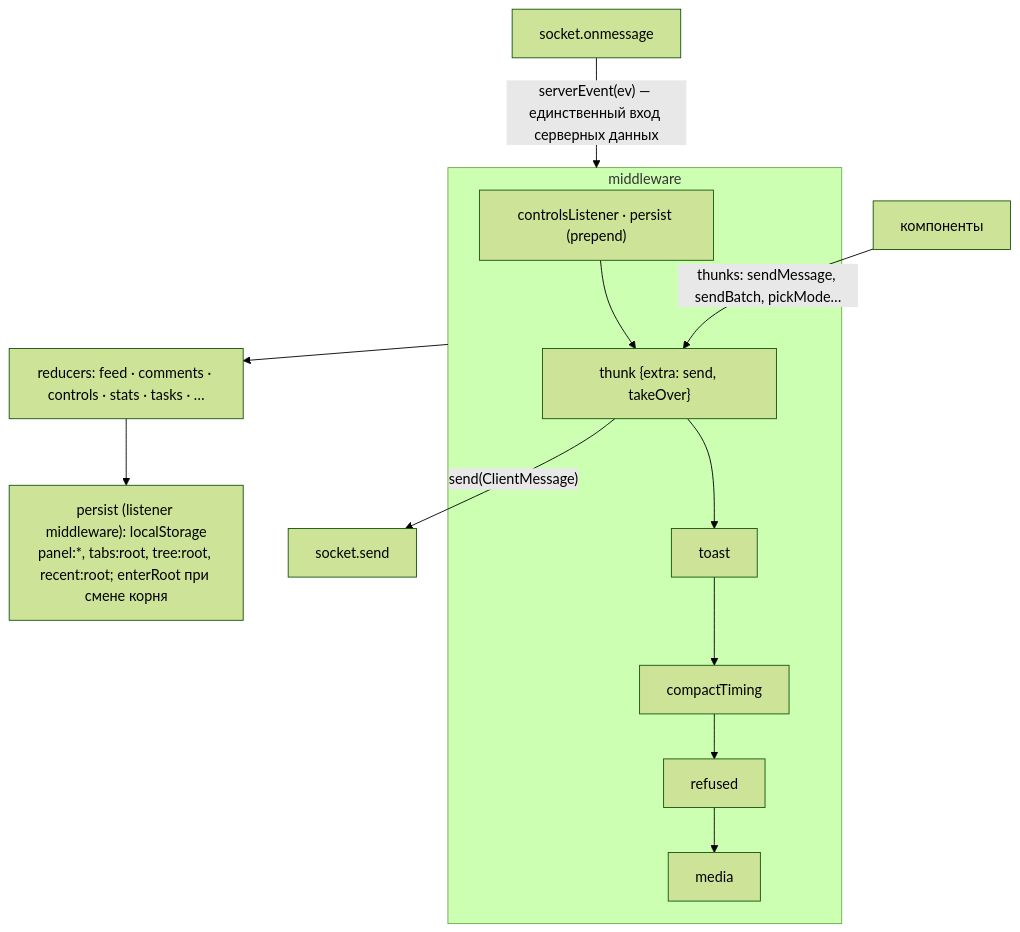
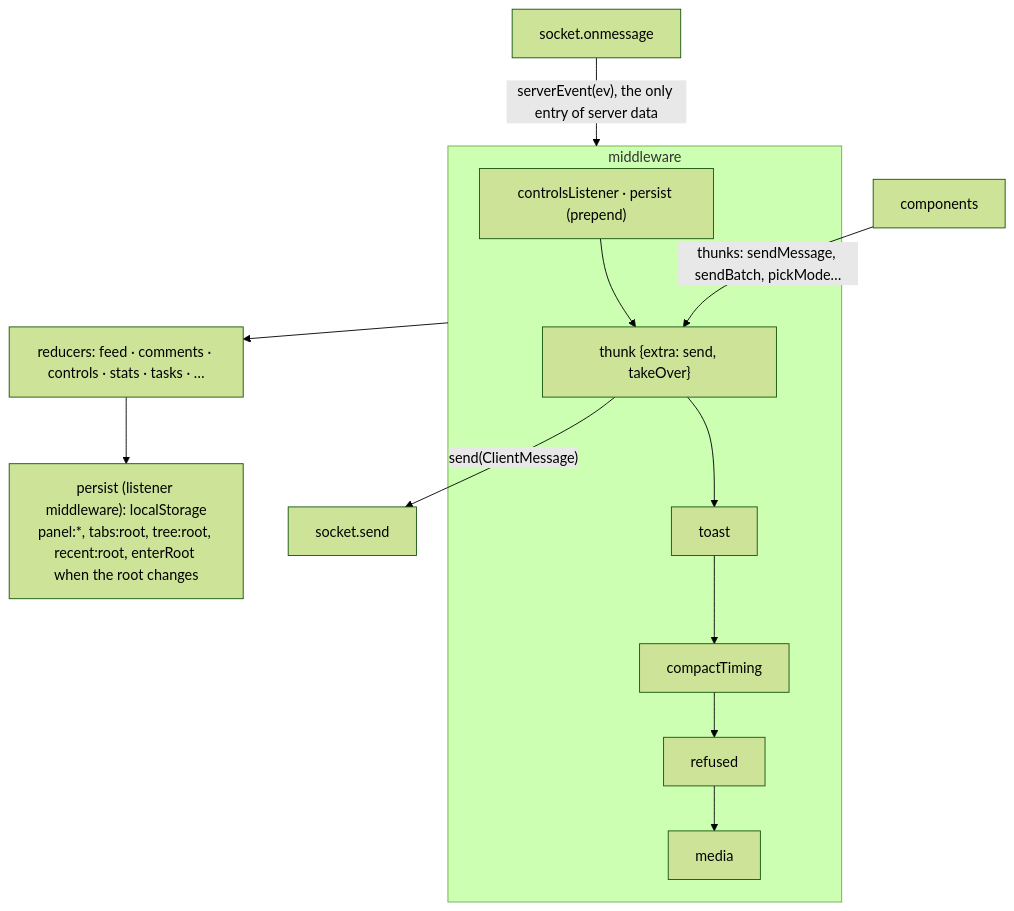
The third of 4 diagrams in docs/architecture.md (iCubeDm/claude-nota-bene), drawn with Mermaid (forest theme) before and after one commit. The commit also changed other lines of this file, not shown here.

Commit message:
docs: translate the architecture document to English and bring it up to date

````diff
--- a/docs/architecture.md
+++ b/docs/architecture.md
@@ -187,11 +196,11 @@
 ```mermaid
 flowchart TB
-  WS["socket.onmessage"] -->|"serverEvent(ev) — единственный вход серверных данных"| MW
+  WS["socket.onmessage"] -->|"serverEvent(ev), the only entry of server data"| MW
   subgraph MW["middleware"]
     CL["controlsListener · persist (prepend)"] --> TH["thunk {extra: send, takeOver}"] --> TO["toast"] --> CT["compactTiming"] --> RF["refused"] --> MD["media"]
   end
   MW --> R["reducers: feed · comments · controls · stats · tasks · …"]
-  R --> SUB["persist (listener middleware): localStorage<br/>panel:*, tabs:root, tree:root, recent:root; enterRoot при смене корня"]
-  UI["компоненты"] -->|"thunks: sendMessage, sendBatch, pickMode…"| TH
+  R --> SUB["persist (listener middleware): localStorage<br/>panel:*, tabs:root, tree:root, recent:root, enterRoot when the root changes"]
+  UI["components"] -->|"thunks: sendMessage, sendBatch, pickMode…"| TH
   TH -->|"send(ClientMessage)"| WS2["socket.send"]
 ```
````
